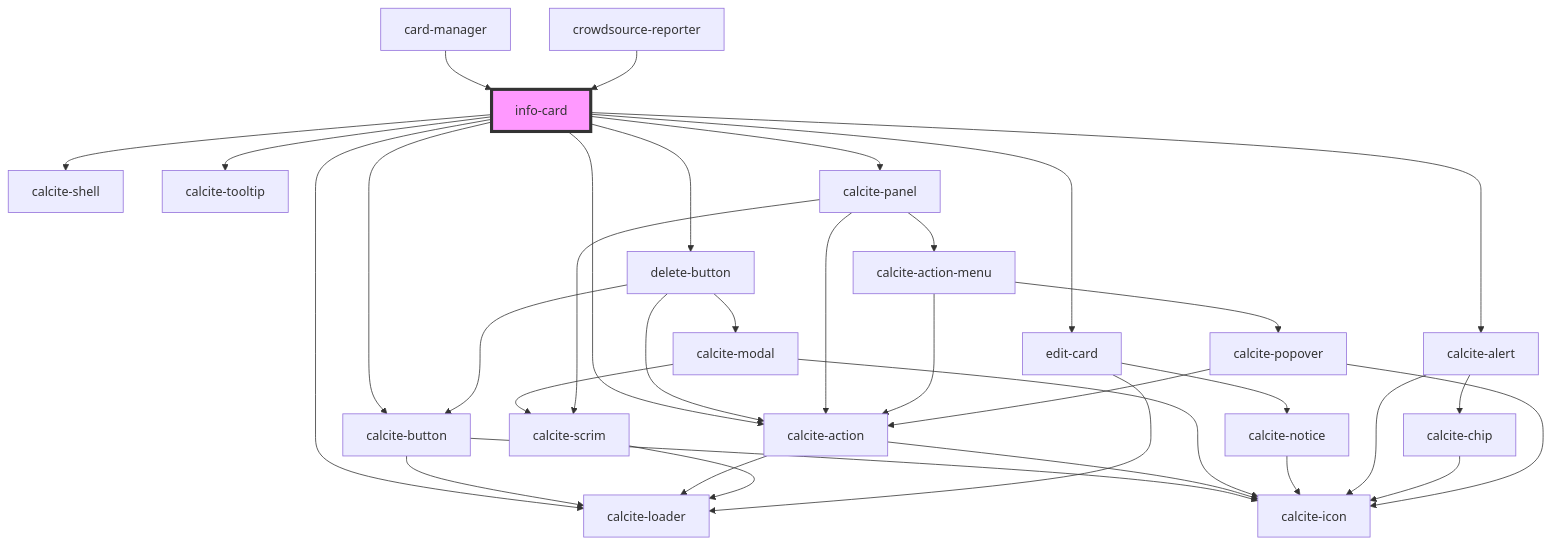
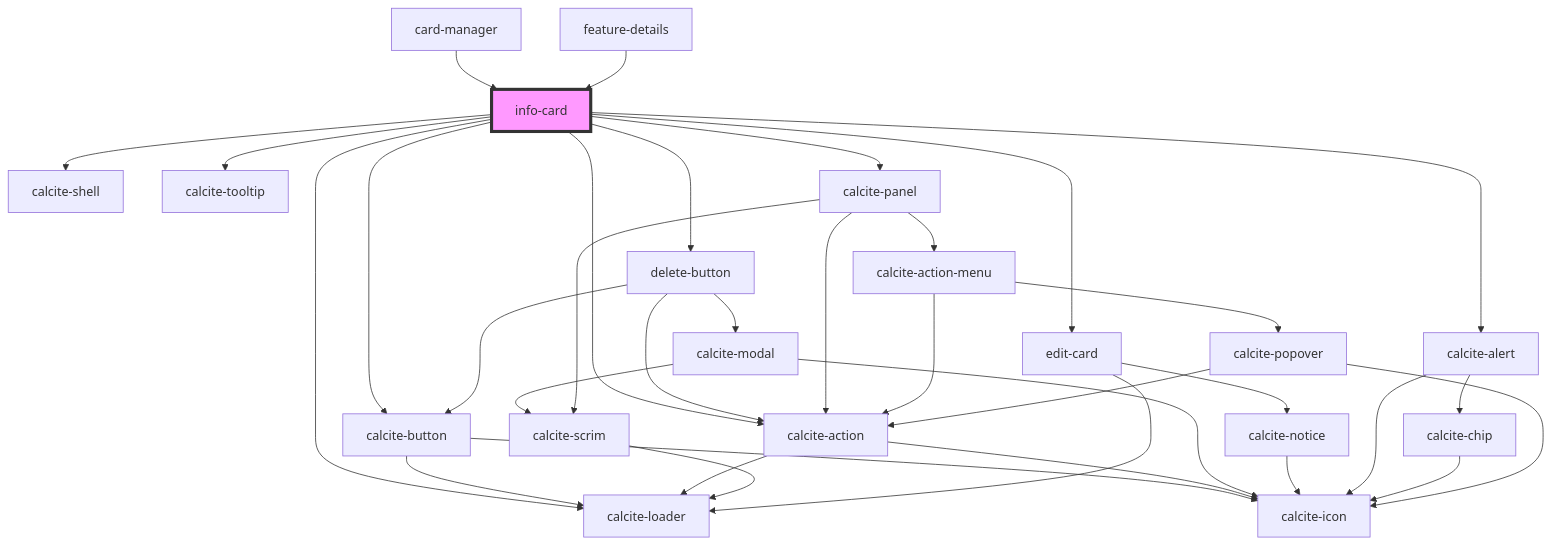
The diagram in src/components/info-card/readme.md (Esri/solutions-components), drawn with Mermaid before and after one commit. The commit also changed other lines of this file and 7 other files, not shown here.

````diff
--- a/src/components/info-card/readme.md
+++ b/src/components/info-card/readme.md
@@ -62,38 +120,38 @@
 ```mermaid
 graph TD;
   info-card --> calcite-shell
   info-card --> calcite-loader
   info-card --> calcite-button
   info-card --> delete-button
   info-card --> calcite-tooltip
   info-card --> calcite-action
   info-card --> edit-card
   info-card --> calcite-alert
   info-card --> calcite-panel
   calcite-button --> calcite-loader
   calcite-button --> calcite-icon
   delete-button --> calcite-button
   delete-button --> calcite-action
   delete-button --> calcite-modal
   calcite-action --> calcite-loader
   calcite-action --> calcite-icon
   calcite-modal --> calcite-scrim
   calcite-modal --> calcite-icon
   calcite-scrim --> calcite-loader
   edit-card --> calcite-notice
   edit-card --> calcite-loader
   calcite-notice --> calcite-icon
   calcite-alert --> calcite-icon
   calcite-alert --> calcite-chip
   calcite-chip --> calcite-icon
   calcite-panel --> calcite-action
   calcite-panel --> calcite-action-menu
   calcite-panel --> calcite-scrim
   calcite-action-menu --> calcite-action
   calcite-action-menu --> calcite-popover
   calcite-popover --> calcite-action
   calcite-popover --> calcite-icon
   card-manager --> info-card
-  crowdsource-reporter --> info-card
+  feature-details --> info-card
   style info-card fill:#f9f,stroke:#333,stroke-width:4px
 ```
````
